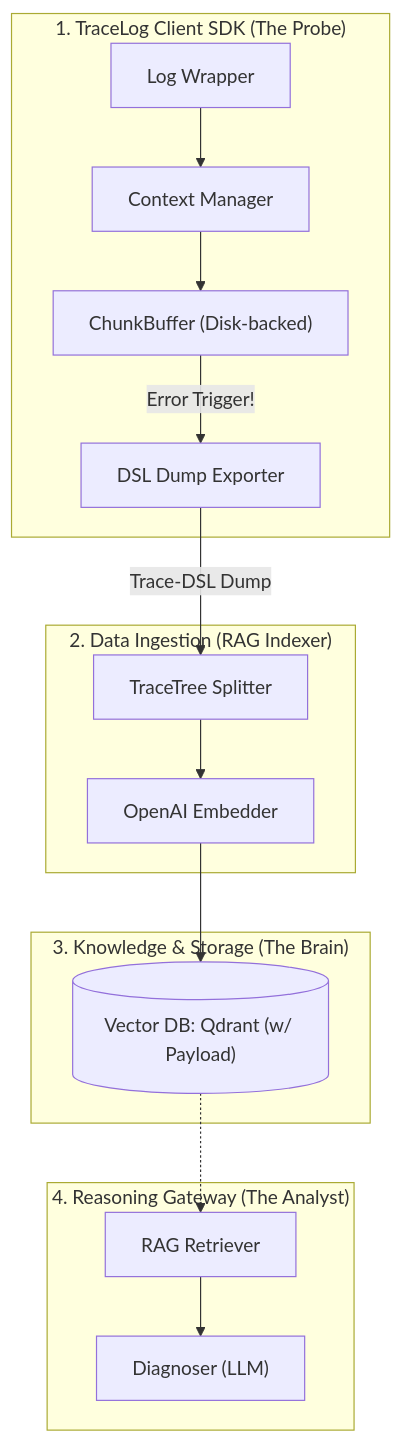
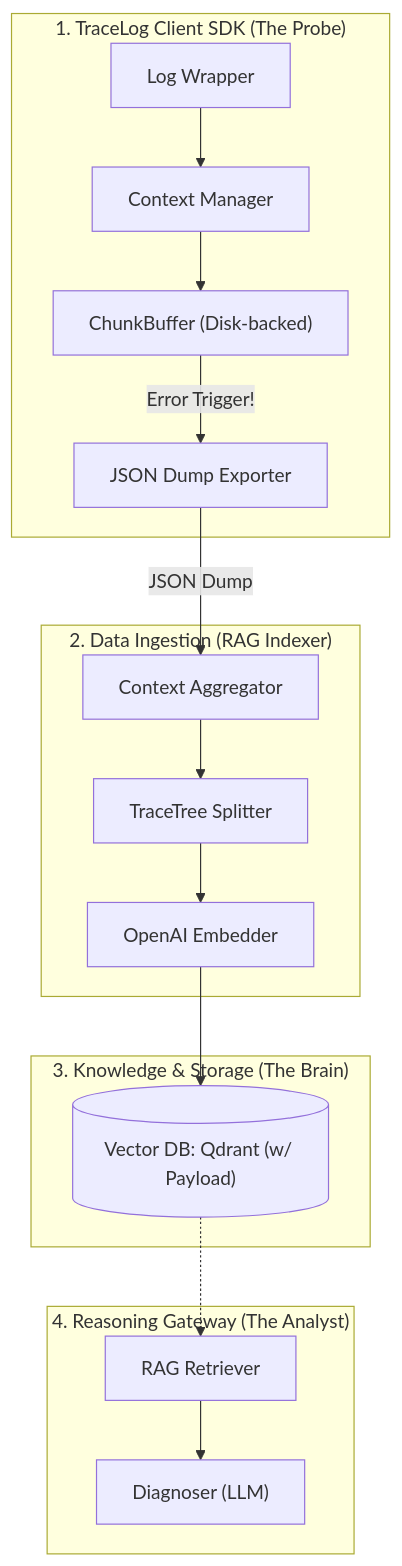
One commit to jakeeqsb/tracelog changed the first of 2 diagrams in docs/system_architecture.md. Above: the diagram before and after it, drawn with Mermaid. The commit also changed other lines of this file and 20 other files, not shown here.

Commit message:
exporter in a way JSON for faster aggregation

````diff
--- a/docs/system_architecture.md
+++ b/docs/system_architecture.md
@@ -9,24 +9,25 @@
 ```mermaid
 graph TD
     subgraph Layer1["1. TraceLog Client SDK (The Probe)"]
         A1["Log Wrapper"] --> A2["Context Manager"]
         A2 --> A3["ChunkBuffer (Disk-backed)"]
-        A3 -->|Error Trigger!| A4["DSL Dump Exporter"]
+        A3 -->|Error Trigger!| A4["JSON Dump Exporter"]
     end
 
     subgraph Layer2["2. Data Ingestion (RAG Indexer)"]
-        B1["TraceTree Splitter"] --> B2["OpenAI Embedder"]
+        B0["Context Aggregator"] --> B1["TraceTree Splitter"]
+        B1 --> B2["OpenAI Embedder"]
     end
 
     subgraph Layer3["3. Knowledge & Storage (The Brain)"]
         C1[("Vector DB: Qdrant (w/ Payload)")]
     end
 
     subgraph Layer4["4. Reasoning Gateway (The Analyst)"]
         D1["RAG Retriever"] --> D2["Diagnoser (LLM)"]
     end
 
-    A4 -->|Trace-DSL Dump| B1
+    A4 -->|JSON Dump| B0
     B2 --> C1
     C1 -.-> D1
 ```
````
